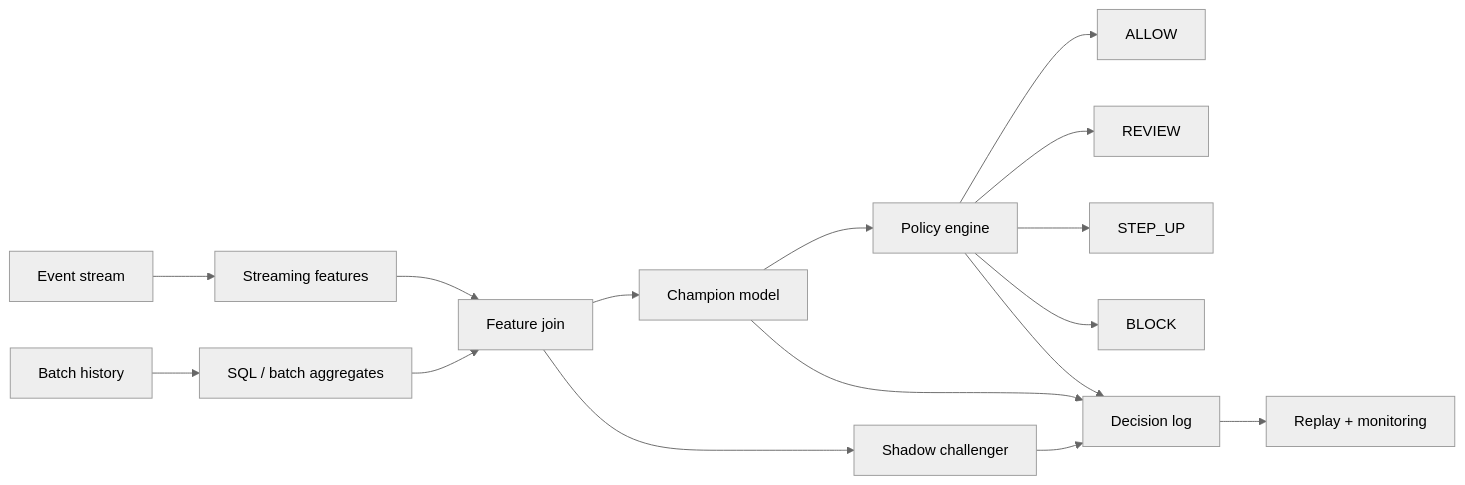
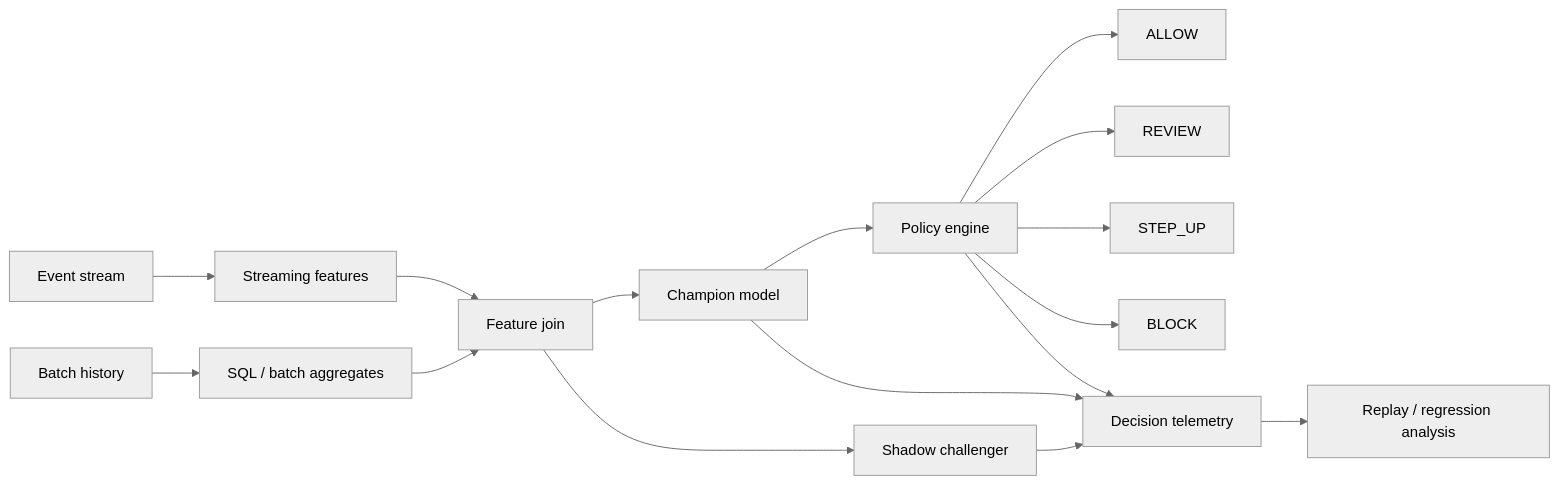
The diagram in README.md (VinayK88/DecisionStream), drawn with Mermaid (neutral theme) before and after one commit. The commit also changed other lines of this file, not shown here.

````diff
--- a/README.md
+++ b/README.md
@@ -25,18 +106,18 @@
 ```mermaid
 flowchart LR
     A[Event stream] --> B[Streaming features]
     C[Batch history] --> D[SQL / batch aggregates]
     B --> E[Feature join]
     D --> E
     E --> F[Champion model]
     E --> G[Shadow challenger]
     F --> H[Policy engine]
     H --> I[ALLOW]
     H --> J[REVIEW]
     H --> K[STEP_UP]
     H --> L[BLOCK]
-    F --> M[Decision log]
+    F --> M[Decision telemetry]
     G --> M
     H --> M
-    M --> N[Replay + monitoring]
+    M --> N[Replay / regression analysis]
 ```
````
